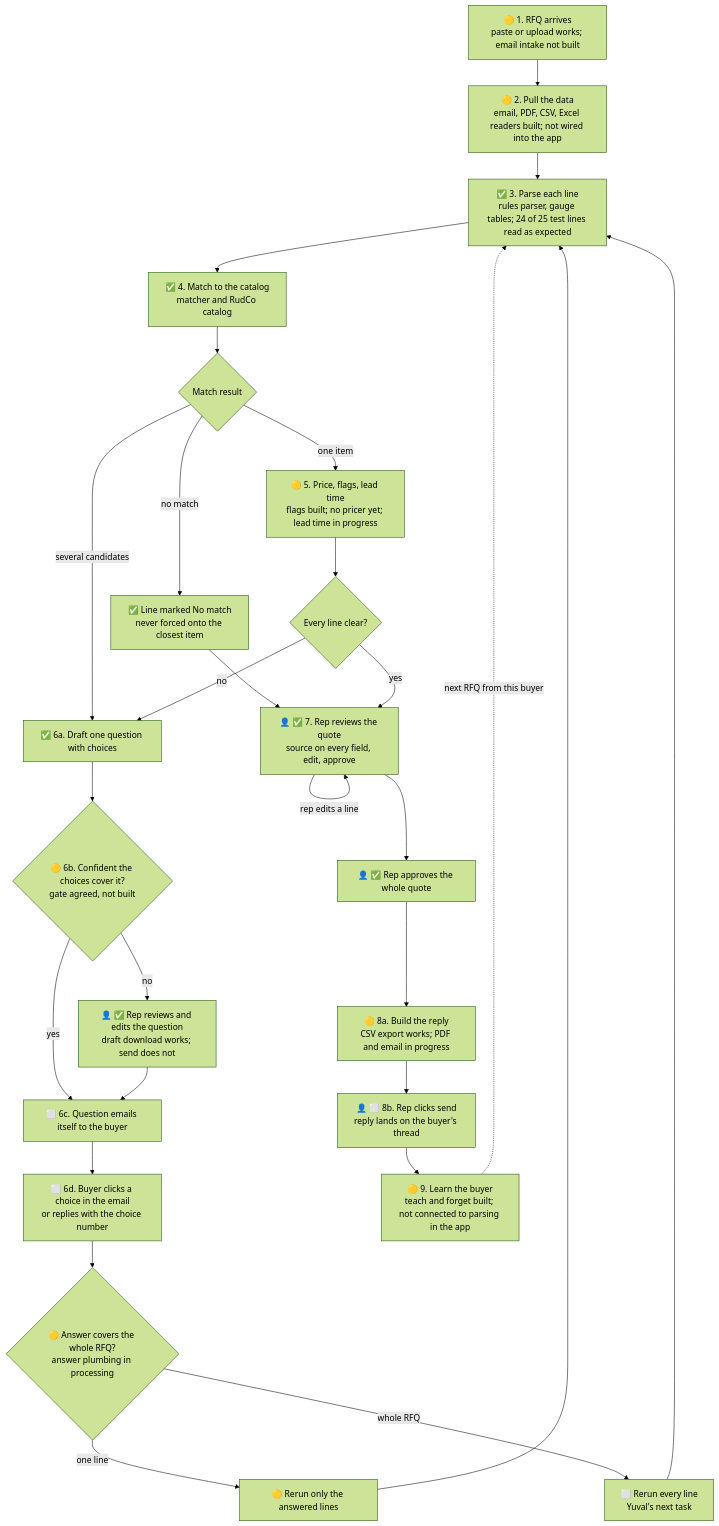
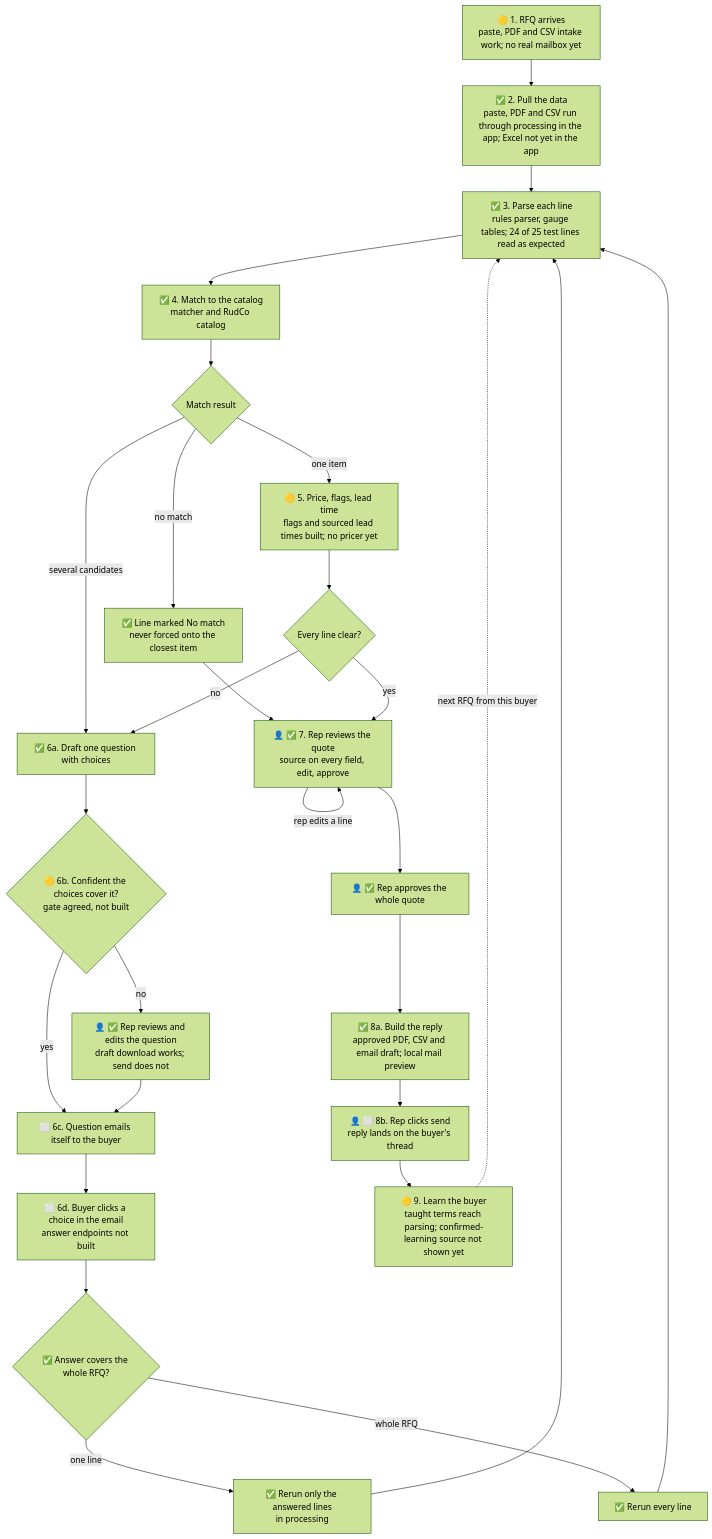
One commit to kenxle/columbia-startup-lab-get-hired-hack changed the diagram in docs/product/KEN_DESK.md. Above: the diagram before and after it, drawn with Mermaid (forest theme). The commit also changed other lines of this file, not shown here.

Commit message:
Ken's desk: status and build map marks from 13:47 posts

````diff
--- a/docs/product/KEN_DESK.md
+++ b/docs/product/KEN_DESK.md
@@ -54,30 +54,30 @@
 ```mermaid
 flowchart TD
-    A["🟡 1. RFQ arrives<br/>paste or upload works; email intake not built"] --> B["🟡 2. Pull the data<br/>email, PDF, CSV, Excel readers built; not wired into the app"]
+    A["🟡 1. RFQ arrives<br/>paste, PDF and CSV intake work; no real mailbox yet"] --> B["✅ 2. Pull the data<br/>paste, PDF and CSV run through processing in the app; Excel not yet in the app"]
     B --> C["✅ 3. Parse each line<br/>rules parser, gauge tables; 24 of 25 test lines read as expected"]
     C --> D["✅ 4. Match to the catalog<br/>matcher and RudCo catalog"]
     D --> M{"Match result"}
-    M -- "one item" --> E["🟡 5. Price, flags, lead time<br/>flags built; no pricer yet; lead time in progress"]
+    M -- "one item" --> E["🟡 5. Price, flags, lead time<br/>flags and sourced lead times built; no pricer yet"]
     M -- "several candidates" --> Q
     M -- "no match" --> NM["✅ Line marked No match<br/>never forced onto the closest item"]
     NM --> R
     E --> F{"Every line clear?"}
     F -- "no" --> Q["✅ 6a. Draft one question with choices"]
     Q --> G{"🟡 6b. Confident the choices cover it?<br/>gate agreed, not built"}
     G -- "yes" --> S["⬜ 6c. Question emails itself to the buyer"]
     G -- "no" --> RQ["👤 ✅ Rep reviews and edits the question<br/>draft download works; send does not"]
     RQ --> S
-    S --> BA["⬜ 6d. Buyer clicks a choice in the email<br/>or replies with the choice number"]
-    BA --> W{"🟡 Answer covers the whole RFQ?<br/>answer plumbing in processing"}
-    W -- "one line" --> RR["🟡 Rerun only the answered lines"]
-    W -- "whole RFQ" --> RA["⬜ Rerun every line<br/>Yuval's next task"]
+    S --> BA["⬜ 6d. Buyer clicks a choice in the email<br/>answer endpoints not built"]
+    BA --> W{"✅ Answer covers the whole RFQ?"}
+    W -- "one line" --> RR["✅ Rerun only the answered lines<br/>in processing"]
+    W -- "whole RFQ" --> RA["✅ Rerun every line"]
     RR --> C
     RA --> C
     F -- "yes" --> R["👤 ✅ 7. Rep reviews the quote<br/>source on every field, edit, approve"]
     R -- "rep edits a line" --> R
     R --> AP["👤 ✅ Rep approves the whole quote"]
-    AP --> X["🟡 8a. Build the reply<br/>CSV export works; PDF and email in progress"]
+    AP --> X["✅ 8a. Build the reply<br/>approved PDF, CSV and email draft; local mail preview"]
     X --> SN["👤 ⬜ 8b. Rep clicks send<br/>reply lands on the buyer's thread"]
-    SN --> L["🟡 9. Learn the buyer<br/>teach and forget built; not connected to parsing in the app"]
+    SN --> L["🟡 9. Learn the buyer<br/>taught terms reach parsing; confirmed-learning source not shown yet"]
     L -. "next RFQ from this buyer" .-> C
 ```
````
